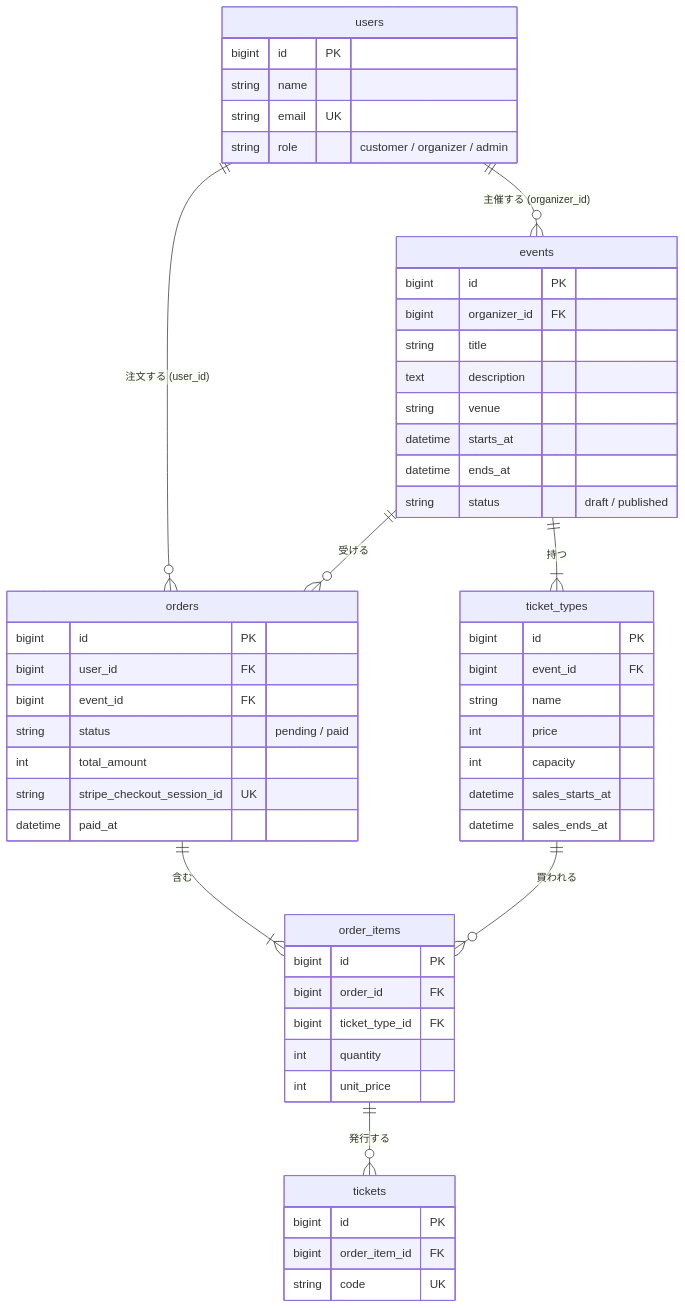
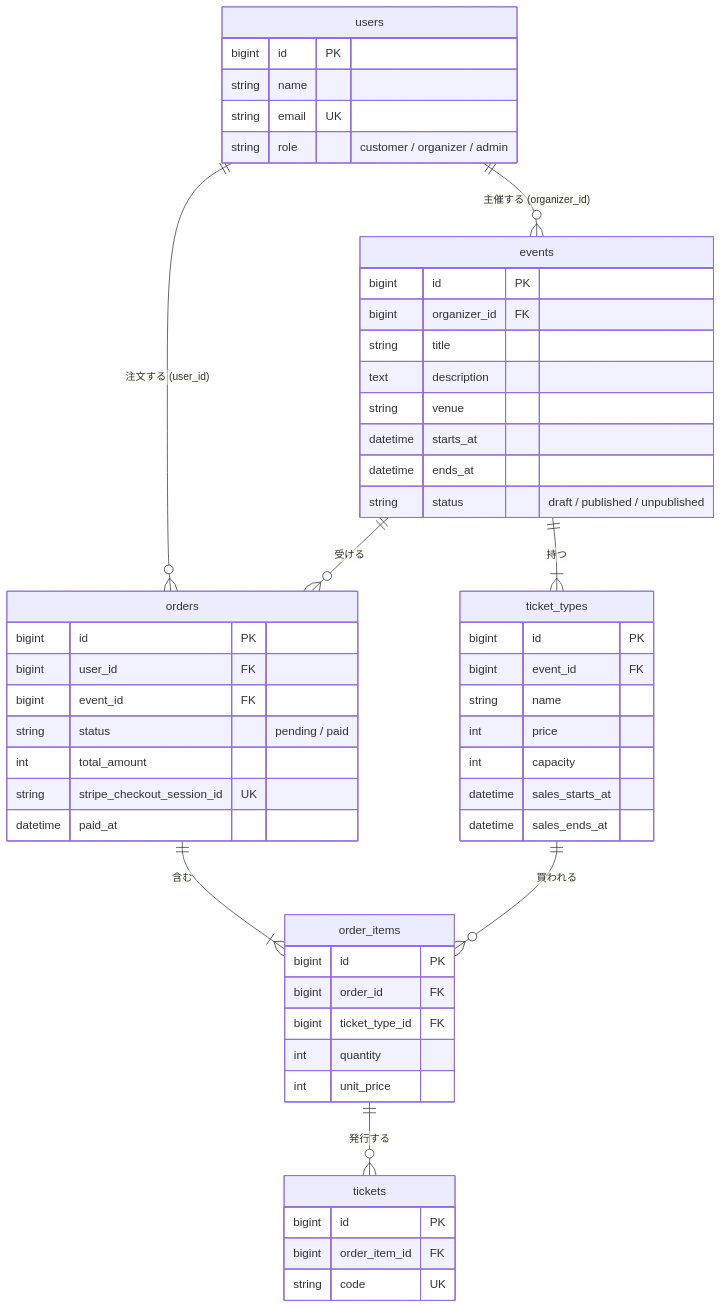
The diagram in doc/design/database.md (ryota-u-GF/ticket-app), drawn with Mermaid before and after one commit. The commit also changed other lines of this file and 19 other files, not shown here.

````diff
--- a/doc/design/database.md
+++ b/doc/design/database.md
@@ -5,57 +5,57 @@
 ```mermaid
 erDiagram
     users ||--o{ events : "主催する (organizer_id)"
     users ||--o{ orders : "注文する (user_id)"
     events ||--|{ ticket_types : "持つ"
     events ||--o{ orders : "受ける"
     orders ||--|{ order_items : "含む"
     ticket_types ||--o{ order_items : "買われる"
     order_items ||--o{ tickets : "発行する"
 
     users {
         bigint id PK
         string name
         string email UK
         string role "customer / organizer / admin"
     }
     events {
         bigint id PK
         bigint organizer_id FK
         string title
         text description
         string venue
         datetime starts_at
         datetime ends_at
-        string status "draft / published"
+        string status "draft / published / unpublished"
     }
     ticket_types {
         bigint id PK
         bigint event_id FK
         string name
         int price
         int capacity
         datetime sales_starts_at
         datetime sales_ends_at
     }
     orders {
         bigint id PK
         bigint user_id FK
         bigint event_id FK
         string status "pending / paid"
         int total_amount
         string stripe_checkout_session_id UK
         datetime paid_at
     }
     order_items {
         bigint id PK
         bigint order_id FK
         bigint ticket_type_id FK
         int quantity
         int unit_price
     }
     tickets {
         bigint id PK
         bigint order_item_id FK
         string code UK
     }
 ```
````
